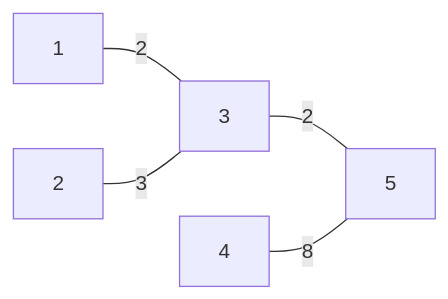
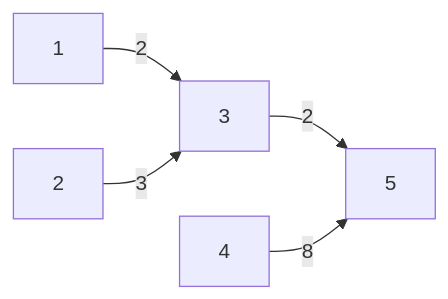
One commit to ilksh/Algorithm-template changed the second of 3 diagrams in Python/Minimum Spanning Tree/Kruskal visualize.md. Above: the diagram before and after it, drawn with Mermaid. The commit also changed other lines of this file, not shown here.

````diff
--- a/Python/Minimum Spanning Tree/Kruskal visualize.md
+++ b/Python/Minimum Spanning Tree/Kruskal visualize.md
@@ -14,7 +14,7 @@
  ```mermaid
 graph LR;
-   1---|2|3
-   2---|3|3
-   3---|2|5
-   4---|8|5
+   1-->|2|3
+   2-->|3|3
+   3-->|2|5
+   4-->|8|5
 ```
````
